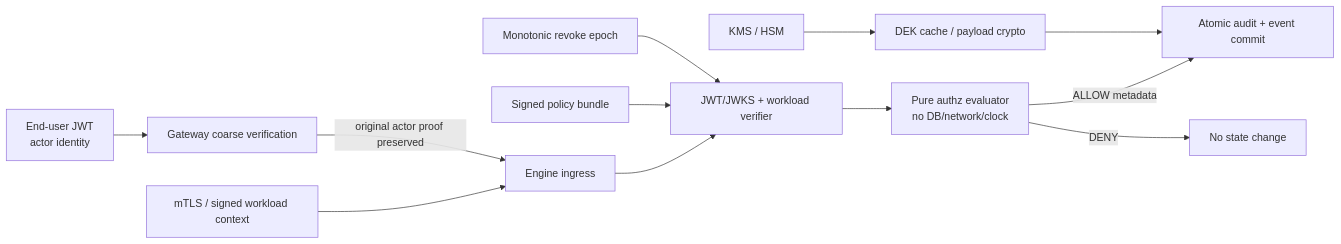
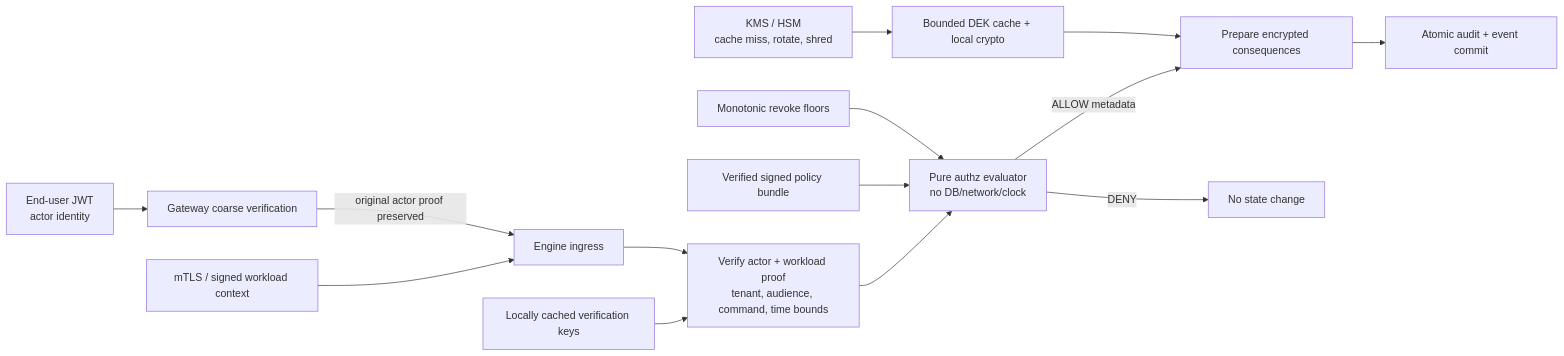
One commit to dangthobach/dangthobach.github.io changed the eighth of 12 diagrams in quartz/content/BPMP-Platform/BPMP-Architecture-Technology-Deep-Dive.md. Above: the diagram before and after it, drawn with Mermaid. The commit also changed other lines of this file and 1 other file, not shown here.

Commit message:
update diagram

````diff
--- a/quartz/content/BPMP-Platform/BPMP-Architecture-Technology-Deep-Dive.md
+++ b/quartz/content/BPMP-Platform/BPMP-Architecture-Technology-Deep-Dive.md
@@ -307,14 +303,16 @@
 ```mermaid
 flowchart LR
     ACTOR["End-user JWT\nactor identity"] --> GW["Gateway coarse verification"]
     WORKLOAD["mTLS / signed workload context"] --> ENG["Engine ingress"]
     GW -->|"original actor proof preserved"| ENG
-    ENG --> VERIFY["JWT/JWKS + workload verifier"]
-    BUNDLE["Signed policy bundle"] --> VERIFY
-    REVOKE["Monotonic revoke epoch"] --> VERIFY
+    KEYS["Locally cached verification keys"] --> VERIFY["Verify actor + workload proof\ntenant, audience, command, time bounds"]
+    ENG --> VERIFY
     VERIFY --> EVAL["Pure authz evaluator\nno DB/network/clock"]
-    EVAL -->|"ALLOW metadata"| ATOMIC["Atomic audit + event commit"]
+    BUNDLE["Verified signed policy bundle"] --> EVAL
+    REVOKE["Monotonic revoke floors"] --> EVAL
+    EVAL -->|"ALLOW metadata"| PREPARE["Prepare encrypted consequences"]
     EVAL -->|"DENY"| REJECT["No state change"]
-    KMS["KMS / HSM"] --> CRYPTO["DEK cache / payload crypto"]
-    CRYPTO --> ATOMIC
+    KMS["KMS / HSM\ncache miss, rotate, shred"] --> CRYPTO["Bounded DEK cache + local crypto"]
+    CRYPTO --> PREPARE
+    PREPARE --> ATOMIC["Atomic audit + event commit"]
 ```
````
